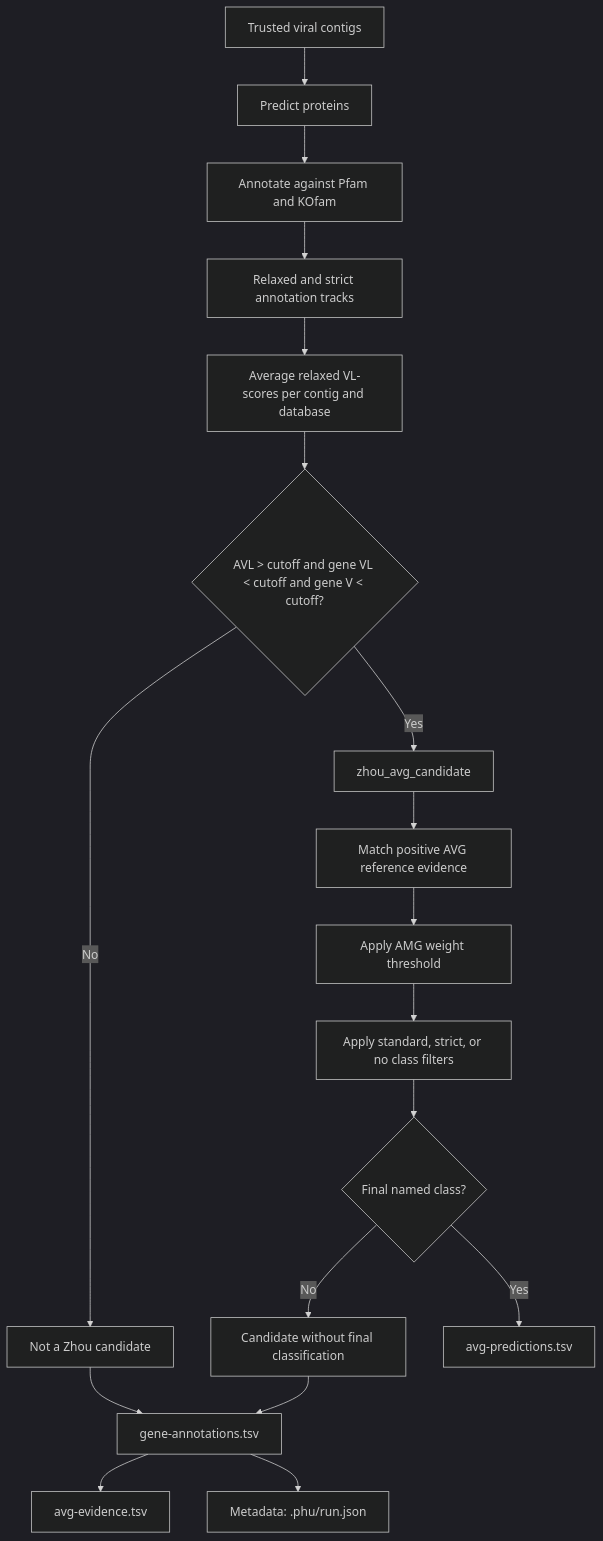
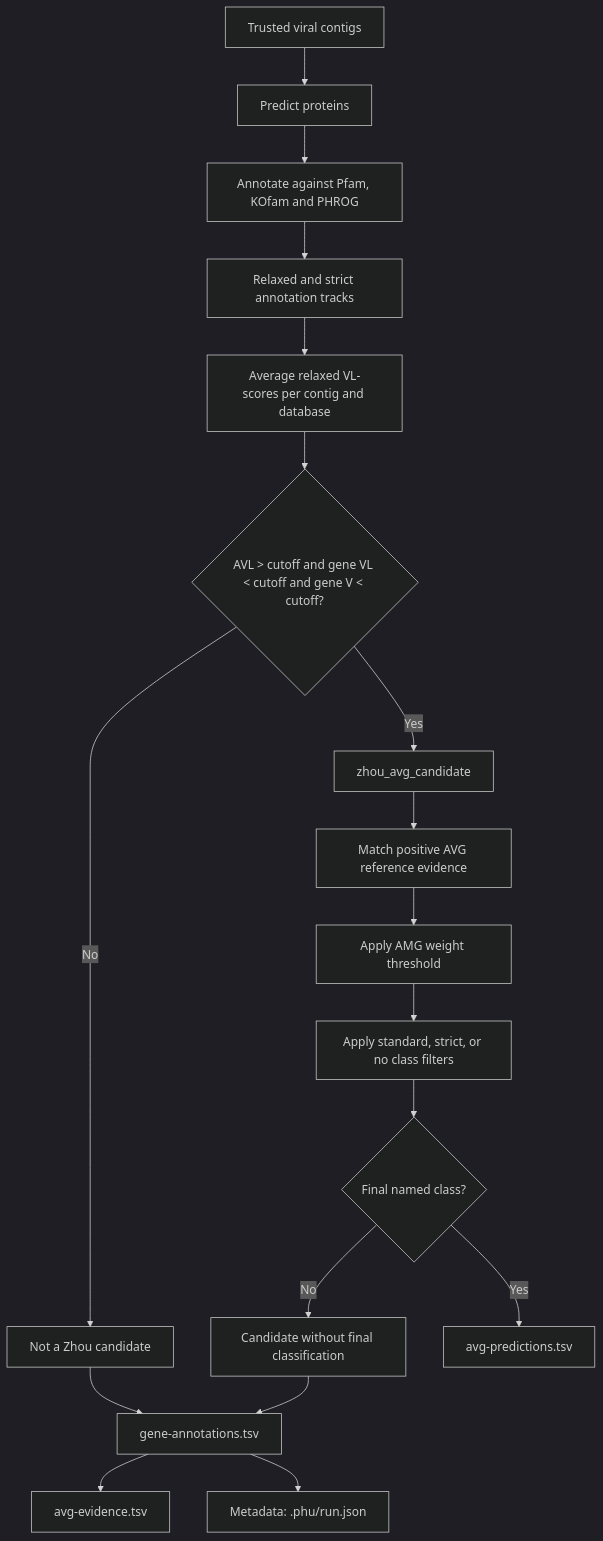
The diagram in docs/commands/avger.md (camilogarciabotero/phu), drawn with Mermaid (dark theme) before and after one commit. The commit also changed other lines of this file and 5 other files, not shown here.

````diff
--- a/docs/commands/avger.md
+++ b/docs/commands/avger.md
@@ -268,20 +301,20 @@
 ```mermaid
 flowchart TD
     A[Trusted viral contigs] --> B[Predict proteins]
-    B --> C[Annotate against Pfam and KOfam]
+    B --> C[Annotate against Pfam, KOfam and PHROG]
     C --> D[Relaxed and strict annotation tracks]
     D --> E[Average relaxed VL-scores per contig and database]
     E --> F{AVL > cutoff and gene VL < cutoff and gene V < cutoff?}
     F -->|No| G[Not a Zhou candidate]
     F -->|Yes| H[zhou_avg_candidate]
     H --> I[Match positive AVG reference evidence]
     I --> J[Apply AMG weight threshold]
     J --> K[Apply standard, strict, or no class filters]
     K --> L{Final named class?}
     L -->|No| M[Candidate without final classification]
     L -->|Yes| N[avg-predictions.tsv]
     G --> O[gene-annotations.tsv]
     M --> O
     O --> P[avg-evidence.tsv]
     O --> Q[Metadata: .phu/run.json]
 ```
````
